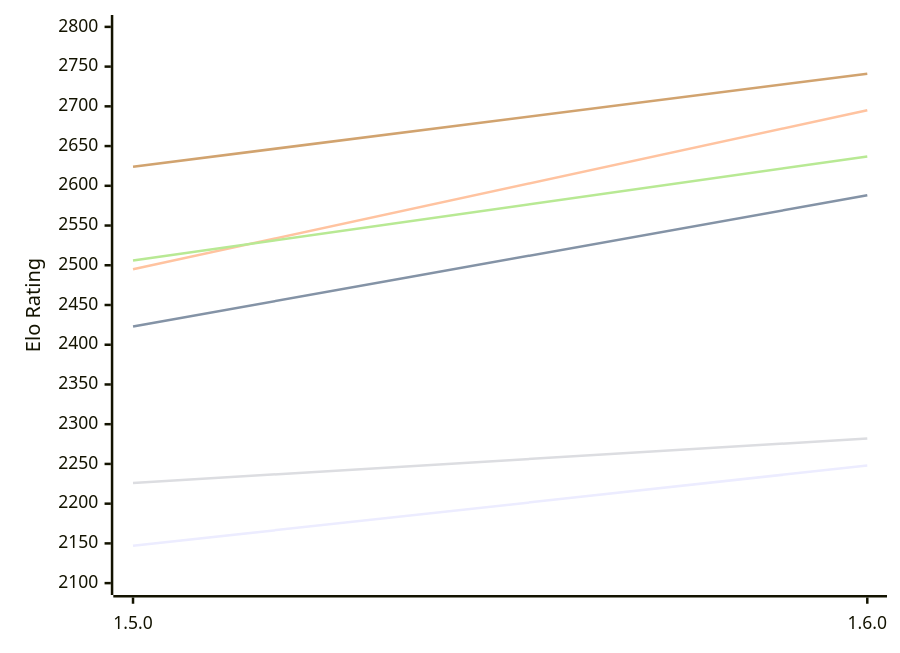
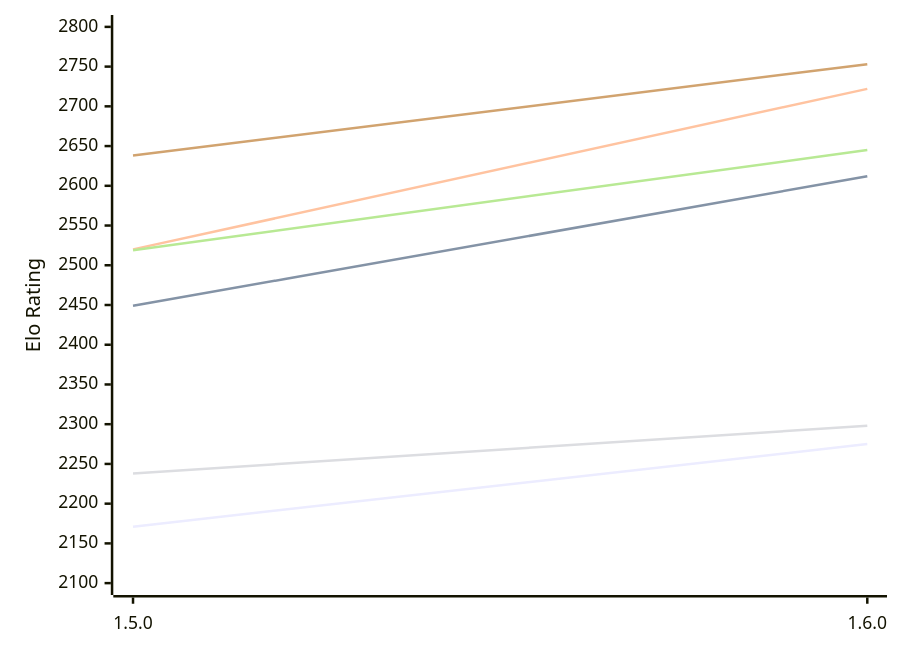
Before and after one commit to computer-chess-index/cci: the first of 2 diagrams in engines/Tofiks.md, drawn with Mermaid. The commit also changed other lines of this file, not shown here.

Commit message:
Update CCI Ratings (ELO VLTC) - 2026-10-24

````diff
--- a/engines/Tofiks.md
+++ b/engines/Tofiks.md
@@ -51,12 +51,12 @@
 ```mermaid
 %%{init: {"theme":"base","themeVariables":{"seriesColors:['#a3a3a3','#222221','#faa371']}}}%%
 xychart-beta
   x-axis ["1.5.0", "1.6.0"]
   y-axis "Elo Rating" 2100 --> 2800
-  line "E1: STC (8.0+0.08s)" [2147, 2248]
-  line "E1: LTC (60.0+0.60s)" [2423, 2588]
-  line "E1: VLTC (2m24s+1.12s)" [2495, 2695]
-  line "P1: STC (8.0+0.08s)" [2226, 2282]
-  line "P1: LTC (60.0+0.60s)" [2506, 2637]
-  line "P1: VLTC (2m24s+1.12s)" [2624, 2741]
+  line "E1: STC (8.0+0.08s)" [2171, 2275]
+  line "E1: LTC (60.0+0.60s)" [2449, 2612]
+  line "E1: VLTC (2m24s+1.12s)" [2520, 2722]
+  line "P1: STC (8.0+0.08s)" [2238, 2298]
+  line "P1: LTC (60.0+0.60s)" [2519, 2645]
+  line "P1: VLTC (2m24s+1.12s)" [2638, 2753]
 ```
````
